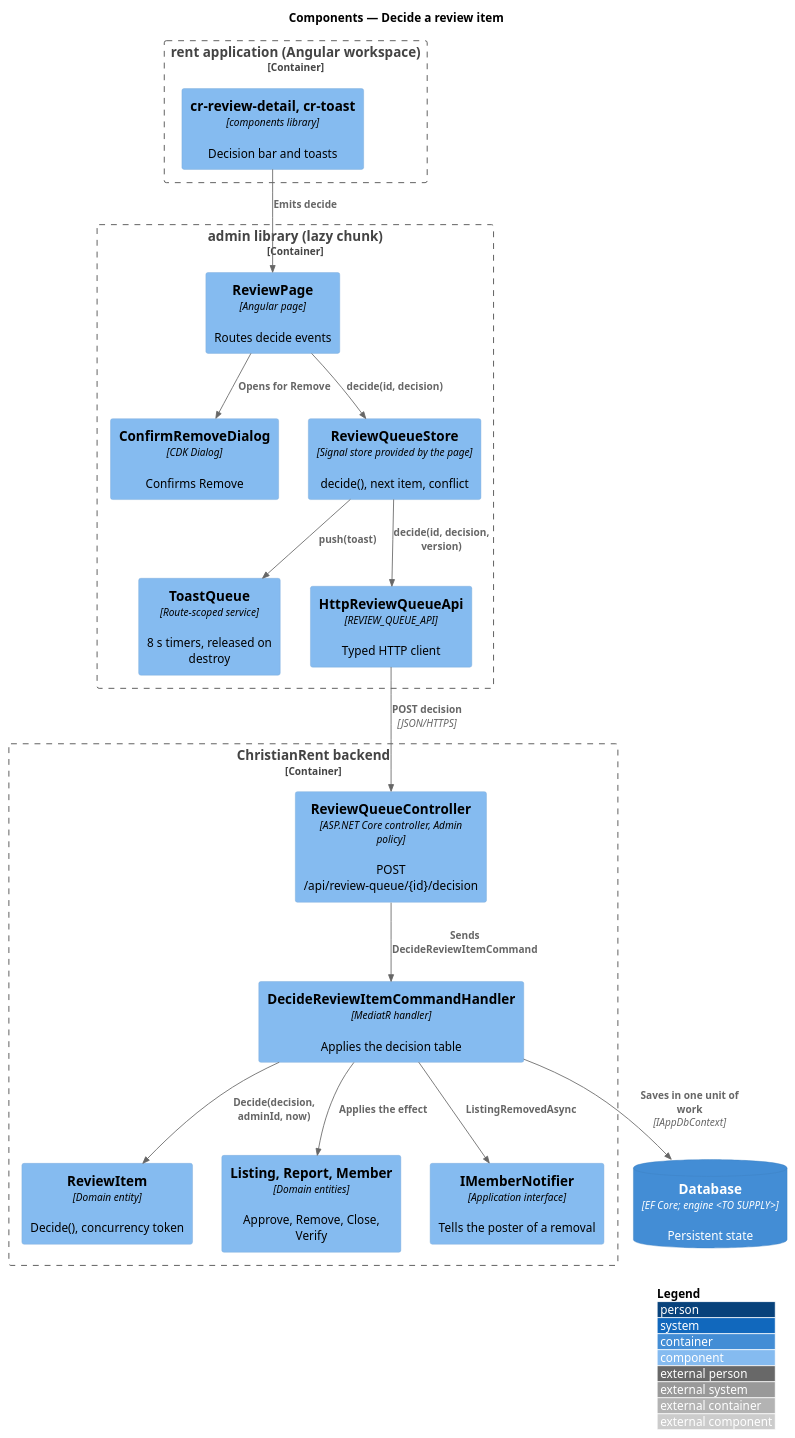
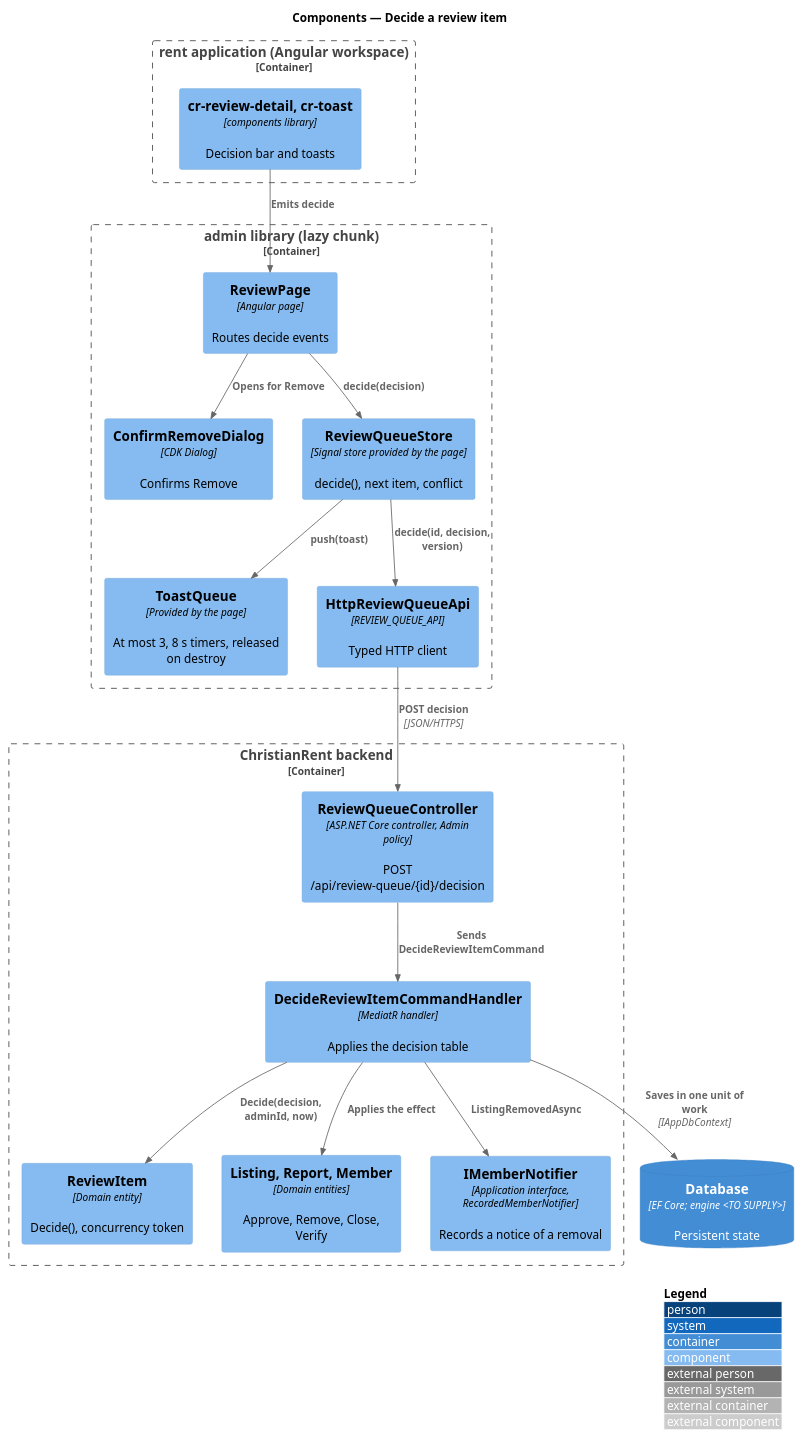
The diagram in docs/detailed-designs/review/decide-review-item/diagrams/c4-component.puml (QuinntyneBrown/christian-rent), drawn with PlantUML before and after one commit. The commit also changed 49 other files, not shown here.

```diff
--- a/docs/detailed-designs/review/decide-review-item/diagrams/c4-component.puml
+++ b/docs/detailed-designs/review/decide-review-item/diagrams/c4-component.puml
@@ -1,35 +1,35 @@
 @startuml
 !include <C4/C4_Component>
 LAYOUT_WITH_LEGEND()
 title Components — Decide a review item
 
 Container_Boundary(spa, "rent application (Angular workspace)") {
   Component(ui, "cr-review-detail, cr-toast", "components library", "Decision bar and toasts")
 }
 Container_Boundary(admlib, "admin library (lazy chunk)") {
   Component(page, "ReviewPage", "Angular page", "Routes decide events")
   Component(dialog, "ConfirmRemoveDialog", "CDK Dialog", "Confirms Remove")
   Component(store, "ReviewQueueStore", "Signal store provided by the page", "decide(), next item, conflict")
-  Component(toasts, "ToastQueue", "Route-scoped service", "8 s timers, released on destroy")
+  Component(toasts, "ToastQueue", "Provided by the page", "At most 3, 8 s timers, released on destroy")
   Component(client, "HttpReviewQueueApi", "REVIEW_QUEUE_API", "Typed HTTP client")
 }
 Container_Boundary(api, "ChristianRent backend") {
   Component(ctrl, "ReviewQueueController", "ASP.NET Core controller, Admin policy", "POST /api/review-queue/{id}/decision")
   Component(handler, "DecideReviewItemCommandHandler", "MediatR handler", "Applies the decision table")
   Component(item, "ReviewItem", "Domain entity", "Decide(), concurrency token")
   Component(subj, "Listing, Report, Member", "Domain entities", "Approve, Remove, Close, Verify")
-  Component(notify, "IMemberNotifier", "Application interface", "Tells the poster of a removal")
+  Component(notify, "IMemberNotifier", "Application interface, RecordedMemberNotifier", "Records a notice of a removal")
 }
 ContainerDb(db, "Database", "EF Core; engine <TO SUPPLY>", "Persistent state")
 Rel(ui, page, "Emits decide")
 Rel(page, dialog, "Opens for Remove")
-Rel(page, store, "decide(id, decision)")
+Rel(page, store, "decide(decision)")
 Rel(store, toasts, "push(toast)")
 Rel(store, client, "decide(id, decision, version)")
 Rel(client, ctrl, "POST decision", "JSON/HTTPS")
 Rel(ctrl, handler, "Sends DecideReviewItemCommand")
 Rel(handler, item, "Decide(decision, adminId, now)")
 Rel(handler, subj, "Applies the effect")
 Rel(handler, notify, "ListingRemovedAsync")
 Rel(handler, db, "Saves in one unit of work", "IAppDbContext")
 @enduml
```
